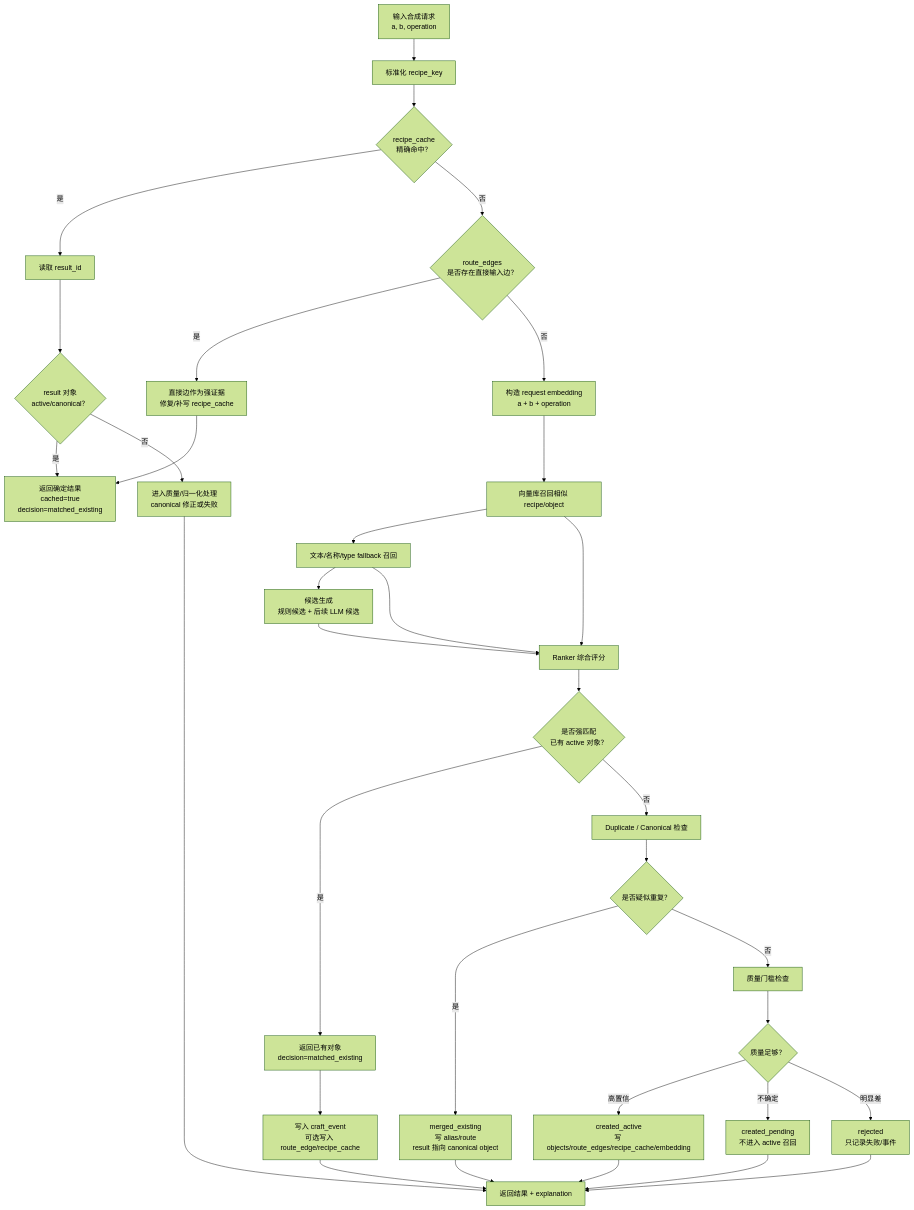
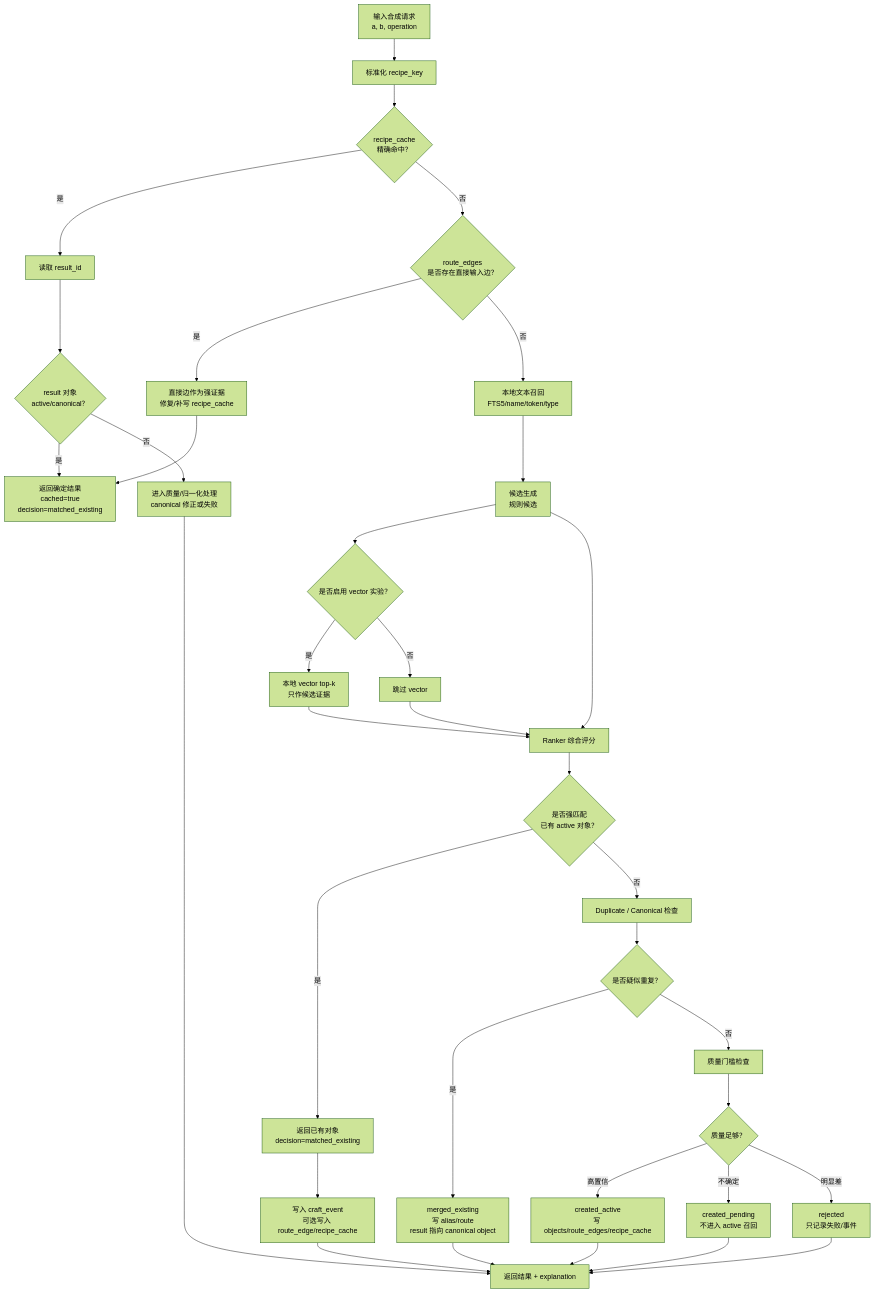
Before and after one commit to xiluoshiro/MySynthesizer: the diagram in docs/design/synthesizer-engine-implementation.md, drawn with Mermaid (forest theme). The commit also changed other lines of this file and 13 other files, not shown here.

````diff
--- a/docs/design/synthesizer-engine-implementation.md
+++ b/docs/design/synthesizer-engine-implementation.md
@@ -754,45 +781,46 @@
 ```mermaid
 flowchart TD
     A["输入合成请求<br/>a, b, operation"] --> B["标准化 recipe_key"]
 
     B --> C{"recipe_cache<br/>精确命中？"}
     C -- "是" --> D["读取 result_id"]
     D --> E{"result 对象<br/>active/canonical？"}
     E -- "是" --> F["返回确定结果<br/>cached=true<br/>decision=matched_existing"]
     E -- "否" --> G["进入质量/归一化处理<br/>canonical 修正或失败"]
 
     C -- "否" --> H{"route_edges<br/>是否存在直接输入边？"}
     H -- "是" --> I["直接边作为强证据<br/>修复/补写 recipe_cache"]
     I --> F
 
-    H -- "否" --> J["构造 request embedding<br/>a + b + operation"]
-    J --> K["向量库召回相似 recipe/object"]
-    K --> L["文本/名称/type fallback 召回"]
-    L --> M["候选生成<br/>规则候选 + 后续 LLM 候选"]
+    H -- "否" --> J["本地文本召回<br/>FTS5/name/token/type"]
+    J --> K["候选生成<br/>规则候选"]
+    K --> L{"是否启用 vector 实验？"}
+    L -- "是" --> M["本地 vector top-k<br/>只作候选证据"]
+    L -- "否" --> N["跳过 vector"]
 
-    M --> N["Ranker 综合评分"]
-    K --> N
-    L --> N
+    K --> O["Ranker 综合评分"]
+    M --> O
+    N --> O
 
-    N --> O{"是否强匹配<br/>已有 active 对象？"}
-    O -- "是" --> P["返回已有对象<br/>decision=matched_existing"]
-    P --> Q["写入 craft_event<br/>可选写入 route_edge/recipe_cache"]
+    O --> P{"是否强匹配<br/>已有 active 对象？"}
+    P -- "是" --> Q["返回已有对象<br/>decision=matched_existing"]
+    Q --> R["写入 craft_event<br/>可选写入 route_edge/recipe_cache"]
 
-    O -- "否" --> R["Duplicate / Canonical 检查"]
-    R --> S{"是否疑似重复？"}
+    P -- "否" --> S["Duplicate / Canonical 检查"]
+    S --> T{"是否疑似重复？"}
 
-    S -- "是" --> T["merged_existing<br/>写 alias/route<br/>result 指向 canonical object"]
-    S -- "否" --> U["质量门槛检查"]
+    T -- "是" --> U["merged_existing<br/>写 alias/route<br/>result 指向 canonical object"]
+    T -- "否" --> V["质量门槛检查"]
 
-    U --> V{"质量足够？"}
-    V -- "高置信" --> W["created_active<br/>写 objects/route_edges/recipe_cache/embedding"]
-    V -- "不确定" --> X["created_pending<br/>不进入 active 召回"]
-    V -- "明显差" --> Y["rejected<br/>只记录失败/事件"]
+    V --> W{"质量足够？"}
+    W -- "高置信" --> X["created_active<br/>写 objects/route_edges/recipe_cache"]
+    W -- "不确定" --> Y["created_pending<br/>不进入 active 召回"]
+    W -- "明显差" --> Z["rejected<br/>只记录失败/事件"]
 
-    T --> Z["返回结果 + explanation"]
-    W --> Z
-    X --> Z
-    Y --> Z
-    G --> Z
-    Q --> Z
+    U --> AA["返回结果 + explanation"]
+    X --> AA
+    Y --> AA
+    Z --> AA
+    G --> AA
+    R --> AA
 ```
````
